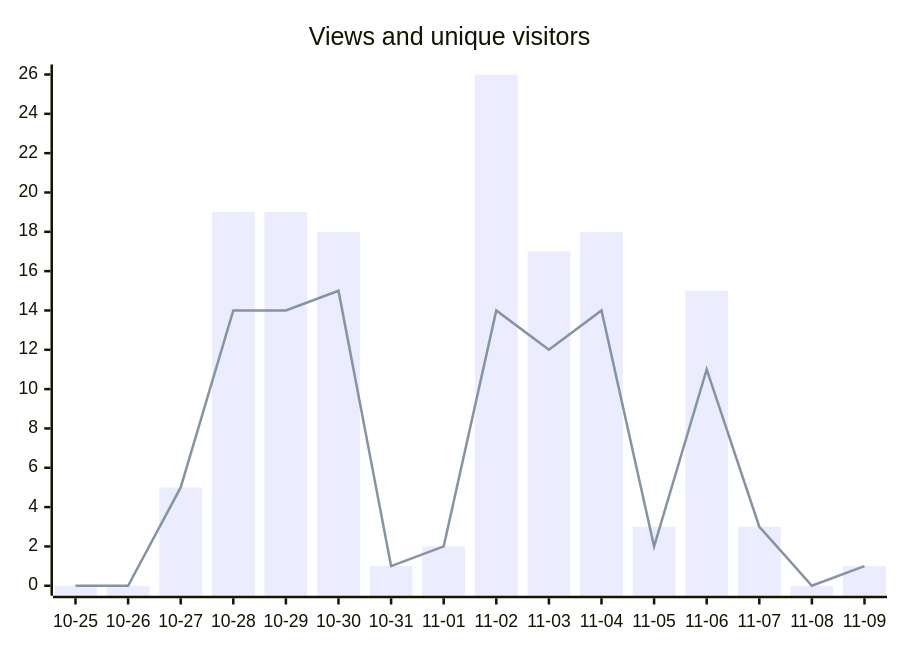
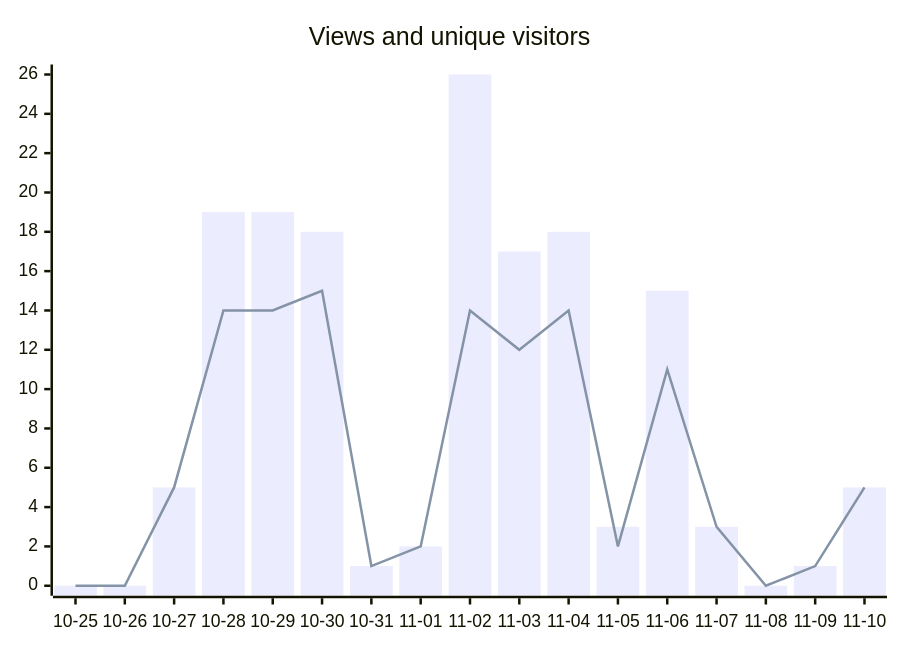
The second of 2 diagrams in README.md (fmadore/Kalamu), drawn with Mermaid before and after one commit. The commit also changed other lines of this file and 3 other files, not shown here.

````diff
--- a/README.md
+++ b/README.md
@@ -66,7 +66,7 @@
 ```mermaid
 xychart-beta
     title "Views and unique visitors"
-    x-axis ["10-25", "10-26", "10-27", "10-28", "10-29", "10-30", "10-31", "11-01", "11-02", "11-03", "11-04", "11-05", "11-06", "11-07", "11-08", "11-09"]
-    bar [0, 0, 5, 19, 19, 18, 1, 2, 26, 17, 18, 3, 15, 3, 0, 1]
-    line [0, 0, 5, 14, 14, 15, 1, 2, 14, 12, 14, 2, 11, 3, 0, 1]
+    x-axis ["10-25", "10-26", "10-27", "10-28", "10-29", "10-30", "10-31", "11-01", "11-02", "11-03", "11-04", "11-05", "11-06", "11-07", "11-08", "11-09", "11-10"]
+    bar [0, 0, 5, 19, 19, 18, 1, 2, 26, 17, 18, 3, 15, 3, 0, 1, 5]
+    line [0, 0, 5, 14, 14, 15, 1, 2, 14, 12, 14, 2, 11, 3, 0, 1, 5]
 ```
````
